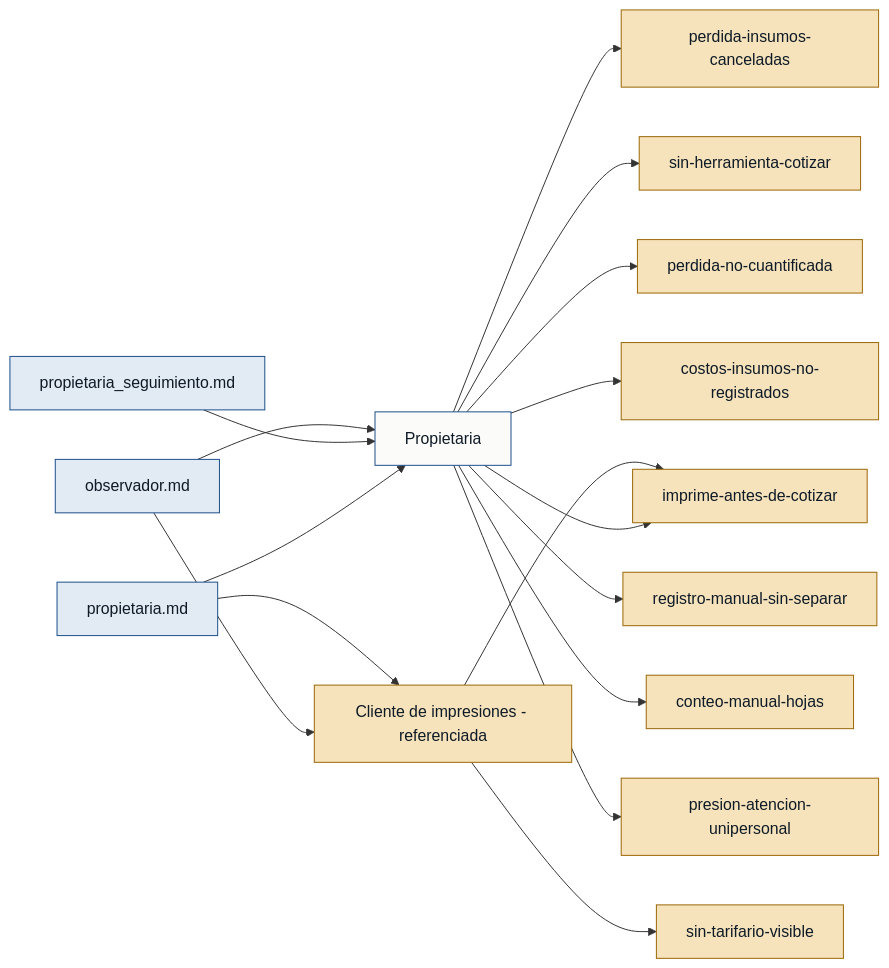
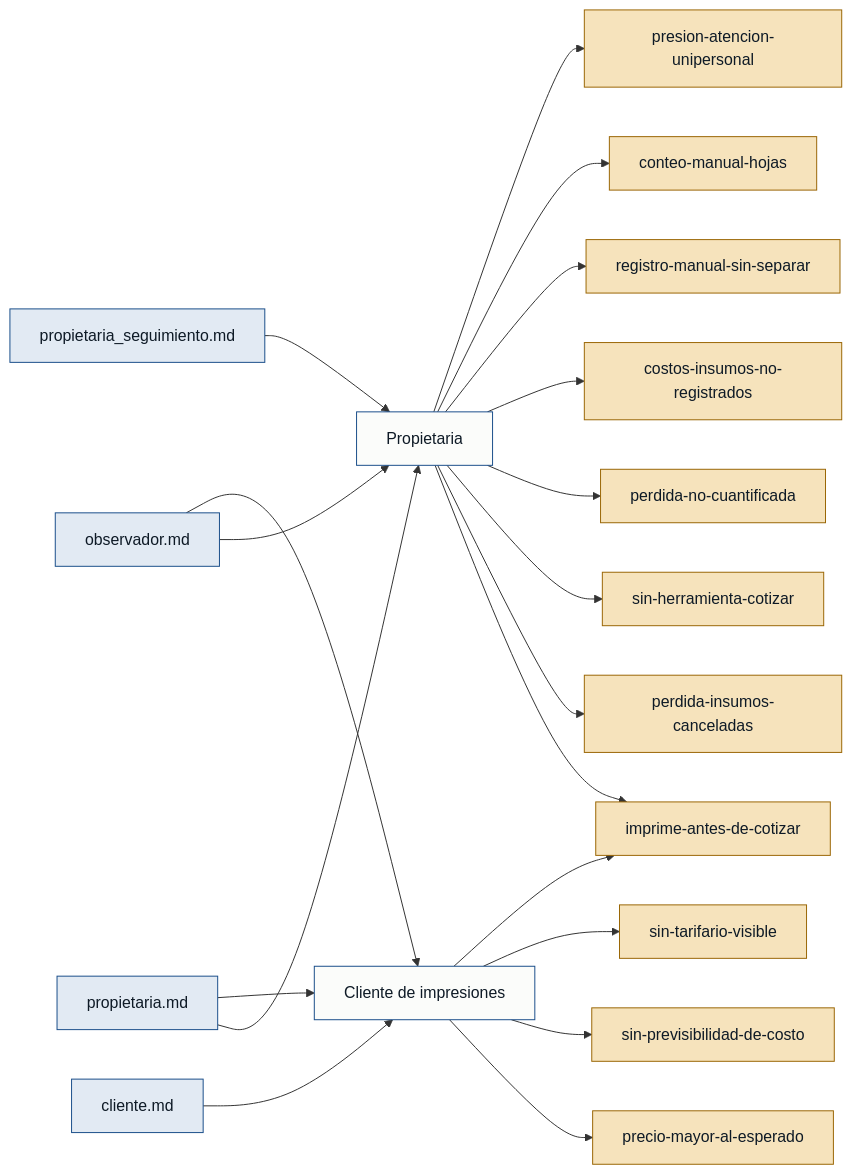
Before and after one commit to KituNaranjo/discovery-agent: the diagram in discoveries/bazarpapeleria/outputs/personas.md, drawn with Mermaid. The commit also changed other lines of this file and 8 other files, not shown here.

````diff
--- a/discoveries/bazarpapeleria/outputs/personas.md
+++ b/discoveries/bazarpapeleria/outputs/personas.md
@@ -55,24 +58,26 @@
 ```mermaid
 flowchart LR
   classDef src fill:#E2EAF3,stroke:#1A4E8A,color:#0E1A26;
   classDef per fill:#FBFCFA,stroke:#1A4E8A,color:#0E1A26;
-  classDef perref fill:#F6E3BC,stroke:#9A6605,color:#0E1A26;
   classDef pain fill:#F6E3BC,stroke:#9A6605,color:#0E1A26;
 
   P[propietaria.md]:::src --> PR[Propietaria]:::per
   PS[propietaria_seguimiento.md]:::src --> PR
   OB[observador.md]:::src --> PR
-  OB --> CL[Cliente de impresiones - referenciada]:::perref
+  CLI[cliente.md]:::src --> CL[Cliente de impresiones]:::per
+  OB --> CL
   P --> CL
 
   PR --> D1[imprime-antes-de-cotizar]:::pain
   PR --> D2[perdida-insumos-canceladas]:::pain
   PR --> D3[sin-herramienta-cotizar]:::pain
   PR --> D5[perdida-no-cuantificada]:::pain
   PR --> D6[costos-insumos-no-registrados]:::pain
   PR --> D7[registro-manual-sin-separar]:::pain
   PR --> D8[conteo-manual-hojas]:::pain
   PR --> D9[presion-atencion-unipersonal]:::pain
+  CL --> D10[precio-mayor-al-esperado]:::pain
+  CL --> D11[sin-previsibilidad-de-costo]:::pain
   CL --> D4[sin-tarifario-visible]:::pain
   CL --> D1
 ```
````
